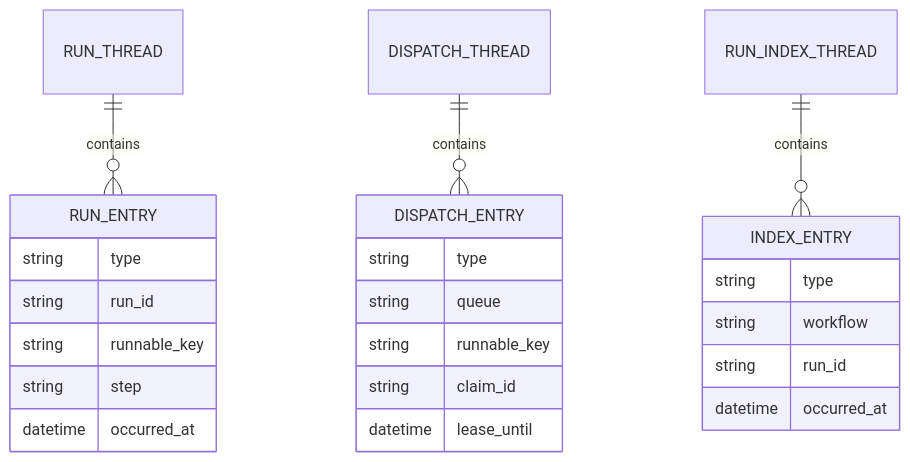
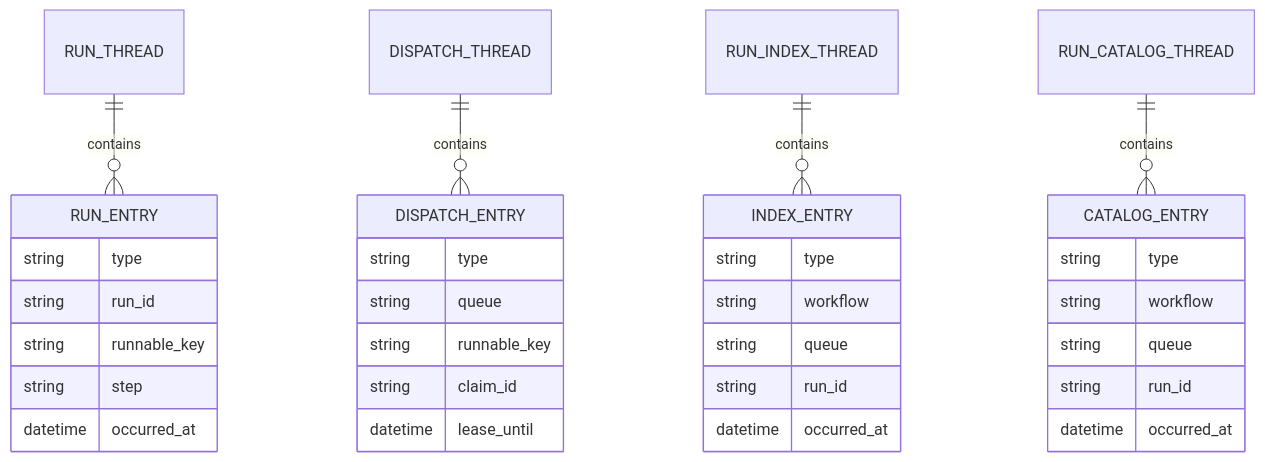
Before and after one commit to dark-trench/squid_mesh: the third of 8 diagrams in docs/jido_runtime_architecture.md, drawn with Mermaid. The commit also changed other lines of this file and 19 other files, not shown here.

First line of the commit message:
feat: add journal run listing catalog

````diff
--- a/docs/jido_runtime_architecture.md
+++ b/docs/jido_runtime_architecture.md
@@ -137,26 +137,35 @@
 ```mermaid
 erDiagram
     RUN_THREAD ||--o{ RUN_ENTRY : contains
     DISPATCH_THREAD ||--o{ DISPATCH_ENTRY : contains
     RUN_INDEX_THREAD ||--o{ INDEX_ENTRY : contains
+    RUN_CATALOG_THREAD ||--o{ CATALOG_ENTRY : contains
     RUN_ENTRY {
         string type
         string run_id
         string runnable_key
         string step
         datetime occurred_at
     }
     DISPATCH_ENTRY {
         string type
         string queue
         string runnable_key
         string claim_id
         datetime lease_until
     }
     INDEX_ENTRY {
         string type
         string workflow
+        string queue
+        string run_id
+        datetime occurred_at
+    }
+    CATALOG_ENTRY {
+        string type
+        string workflow
+        string queue
         string run_id
         datetime occurred_at
     }
 ```
````
